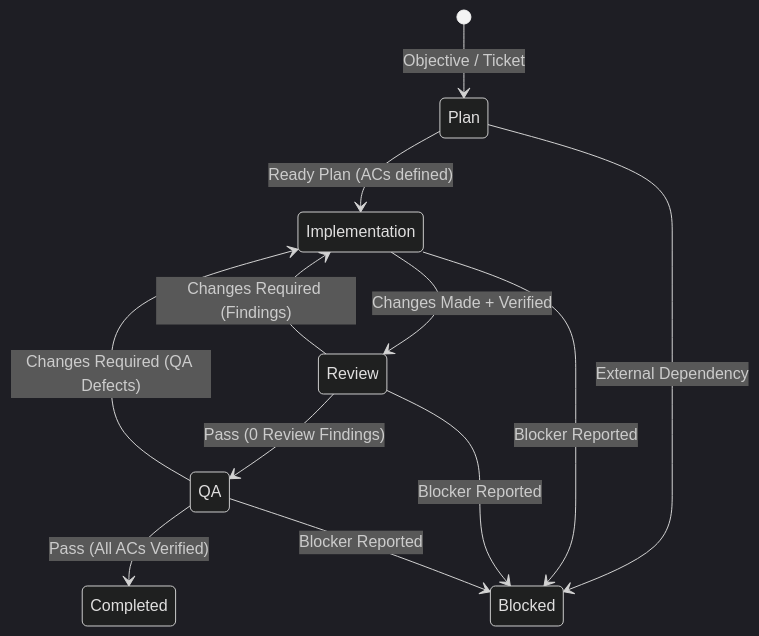
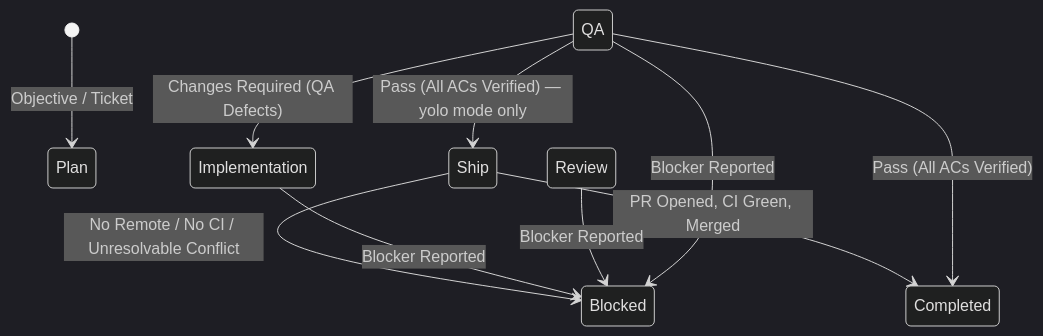
The diagram in README.md (get-aop/aop-plugin), drawn with Mermaid (dark theme) before and after one commit. The commit also changed other lines of this file and 4 other files, not shown here.

Commit message:
feat: /aopy yolo mode — ship pass (PR, CI verification, issue fixes, automatic merge) after QA

````diff
--- a/README.md
+++ b/README.md
@@ -32,14 +38,12 @@
 ```mermaid
 stateDiagram-v2
     [*] --> Plan: Objective / Ticket
-    Plan --> Implementation: Ready Plan (ACs defined)
-    Implementation --> Review: Changes Made + Verified
-    Review --> Implementation: Changes Required (Findings)
-    Review --> QA: Pass (0 Review Findings)
     QA --> Implementation: Changes Required (QA Defects)
+    QA --> Ship: Pass (All ACs Verified) — yolo mode only
+    Ship --> Completed: PR Opened, CI Green, Merged
+    Ship --> Blocked: No Remote / No CI / Unresolvable Conflict
     QA --> Completed: Pass (All ACs Verified)
-    Plan --> Blocked: External Dependency
     Implementation --> Blocked: Blocker Reported
     Review --> Blocked: Blocker Reported
     QA --> Blocked: Blocker Reported
 ```
````
